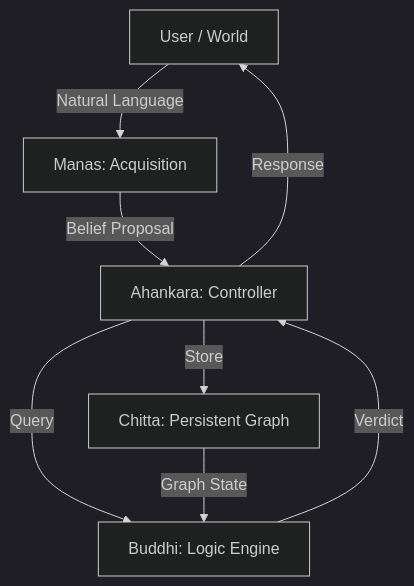
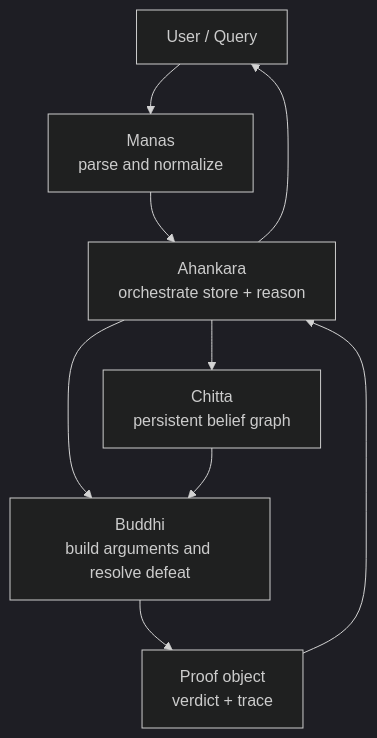
The first of 2 diagrams in README.md (Jeevan-04/epistemic-reasoning-core), drawn with Mermaid (dark theme) before and after one commit. The commit also changed other lines of this file and 59 other files, not shown here.

````diff
--- a/README.md
+++ b/README.md
@@ -17,10 +32,11 @@
 ```mermaid
-graph TD
-    User[User / World] -->|Natural Language| Manas[Manas: Acquisition]
-    Manas -->|Belief Proposal| Ahankara[Ahankara: Controller]
-    Ahankara -->|Store| Chitta[Chitta: Persistent Graph]
-    Ahankara -->|Query| Buddhi[Buddhi: Logic Engine]
-    Chitta -->|Graph State| Buddhi
-    Buddhi -->|Verdict| Ahankara
-    Ahankara -->|Response| User
+flowchart TD
+    User[User / Query] --> Manas[Manas<br/>parse and normalize]
+    Manas --> Ahankara[Ahankara<br/>orchestrate store + reason]
+    Ahankara --> Chitta[Chitta<br/>persistent belief graph]
+    Ahankara --> Buddhi[Buddhi<br/>build arguments and resolve defeat]
+    Chitta --> Buddhi
+    Buddhi --> Proof[Proof object<br/>verdict + trace]
+    Proof --> Ahankara
+    Ahankara --> User
 ```
````
